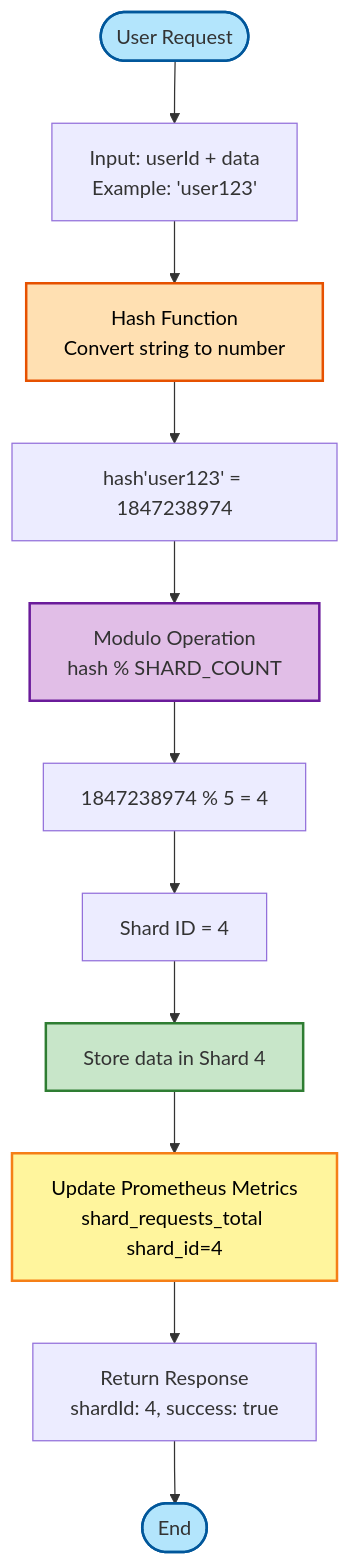
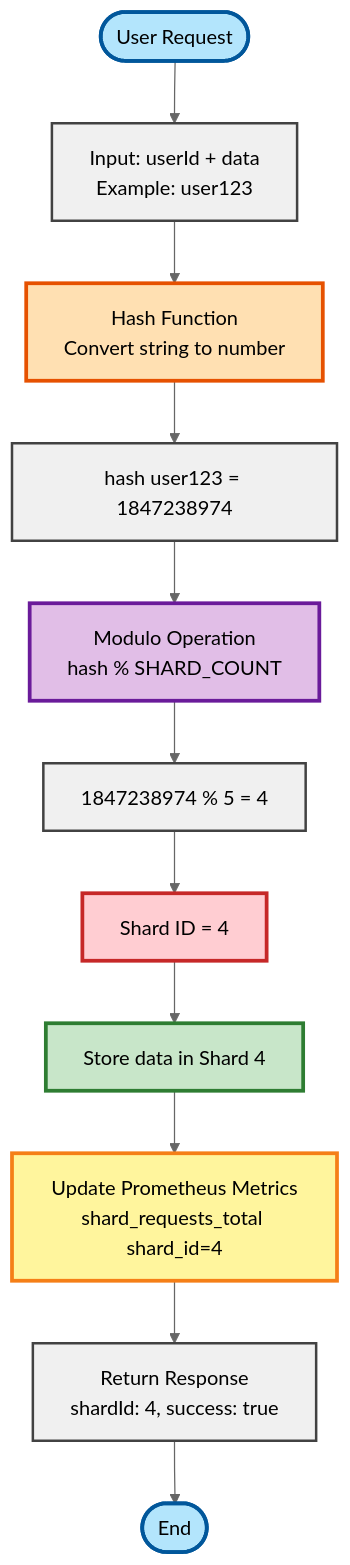
The third of 10 diagrams in ARCHITECTURE.md (Demilade01/sharded-data-service), drawn with Mermaid before and after one commit. The commit also changed other lines of this file, not shown here.

````diff
--- a/ARCHITECTURE.md
+++ b/ARCHITECTURE.md
@@ -141,20 +140,26 @@
 ```mermaid
+%%{init: {'theme':'base', 'themeVariables': { 'primaryColor':'#c8e6c9','primaryTextColor':'#000','primaryBorderColor':'#2e7d32','lineColor':'#666'}}}%%
 graph TD
-    Start([User Request]) --> Input[Input: userId + data<br/>Example: 'user123']
+    Start([User Request]) --> Input[Input: userId + data<br/>Example: user123]
     Input --> Hash[Hash Function<br/>Convert string to number]
-    Hash --> HashCalc[hash'user123' = 1847238974]
+    Hash --> HashCalc[hash user123 = 1847238974]
     HashCalc --> Modulo[Modulo Operation<br/>hash % SHARD_COUNT]
     Modulo --> ModCalc[1847238974 % 5 = 4]
     ModCalc --> ShardId[Shard ID = 4]
     ShardId --> Store[Store data in Shard 4]
     Store --> UpdateMetrics[Update Prometheus Metrics<br/>shard_requests_total shard_id=4]
     UpdateMetrics --> Response[Return Response<br/>shardId: 4, success: true]
     Response --> End([End])
 
-    style Start fill:#b3e5fc,stroke:#01579b,stroke-width:2px
-    style Hash fill:#ffe0b2,stroke:#e65100,stroke-width:2px,color:#000
-    style Modulo fill:#e1bee7,stroke:#6a1b9a,stroke-width:2px
-    style Store fill:#c8e6c9,stroke:#2e7d32,stroke-width:2px
-    style UpdateMetrics fill:#fff59d,stroke:#f57f17,stroke-width:2px,color:#000
-    style End fill:#b3e5fc,stroke:#01579b,stroke-width:2px
+    style Start fill:#b3e5fc,stroke:#01579b,stroke-width:3px,color:#000
+    style Hash fill:#ffe0b2,stroke:#e65100,stroke-width:3px,color:#000
+    style Modulo fill:#e1bee7,stroke:#6a1b9a,stroke-width:3px,color:#000
+    style Store fill:#c8e6c9,stroke:#2e7d32,stroke-width:3px,color:#000
+    style UpdateMetrics fill:#fff59d,stroke:#f57f17,stroke-width:3px,color:#000
+    style End fill:#b3e5fc,stroke:#01579b,stroke-width:3px,color:#000
+    style Input fill:#f0f0f0,stroke:#424242,stroke-width:2px,color:#000
+    style HashCalc fill:#f0f0f0,stroke:#424242,stroke-width:2px,color:#000
+    style ModCalc fill:#f0f0f0,stroke:#424242,stroke-width:2px,color:#000
+    style ShardId fill:#ffcdd2,stroke:#c62828,stroke-width:3px,color:#000
+    style Response fill:#f0f0f0,stroke:#424242,stroke-width:2px,color:#000
 ```
````
